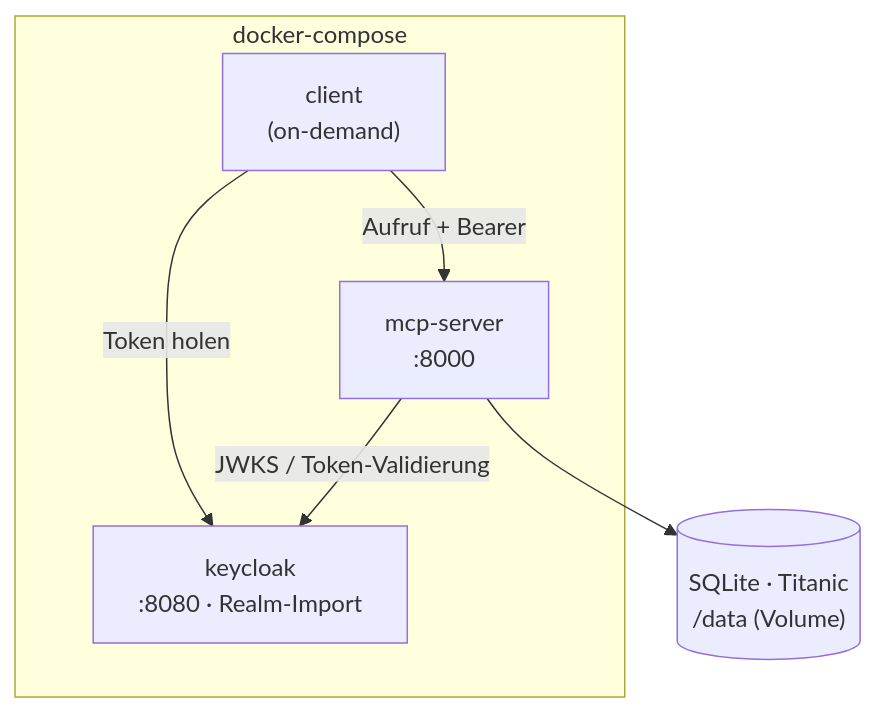
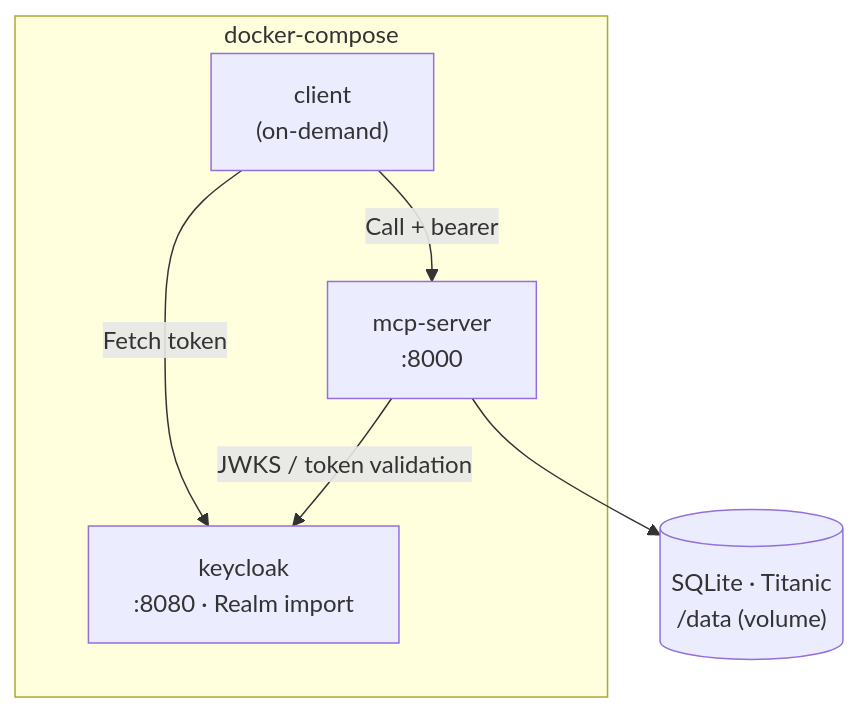
One commit to flitzpiepe93/mcp-server changed the diagram in docs/implementation/index.md. Above: the diagram before and after it, drawn with Mermaid. The commit also changed other lines of this file and 14 other files, not shown here.

````diff
--- a/docs/implementation/index.md
+++ b/docs/implementation/index.md
@@ -6,15 +6,15 @@
 ```mermaid
 flowchart TB
     subgraph compose["docker-compose"]
-        KC["keycloak<br/>:8080 · Realm-Import"]
+        KC["keycloak<br/>:8080 · Realm import"]
         Server["mcp-server<br/>:8000"]
         Client["client<br/>(on-demand)"]
     end
 
-    DB[("SQLite · Titanic<br/>/data (Volume)")]
+    DB[("SQLite · Titanic<br/>/data (volume)")]
 
-    Client -- "Token holen" --> KC
-    Client -- "Aufruf + Bearer" --> Server
-    Server -- "JWKS / Token-Validierung" --> KC
+    Client -- "Fetch token" --> KC
+    Client -- "Call + bearer" --> Server
+    Server -- "JWKS / token validation" --> KC
     Server --> DB
 ```
````
